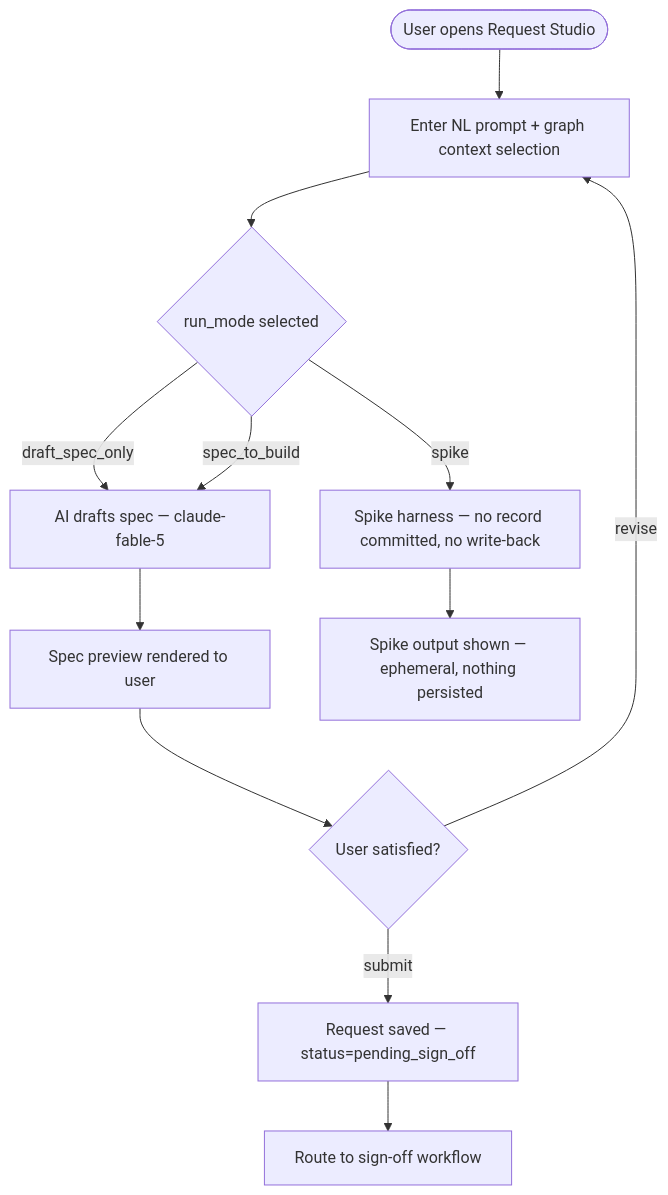
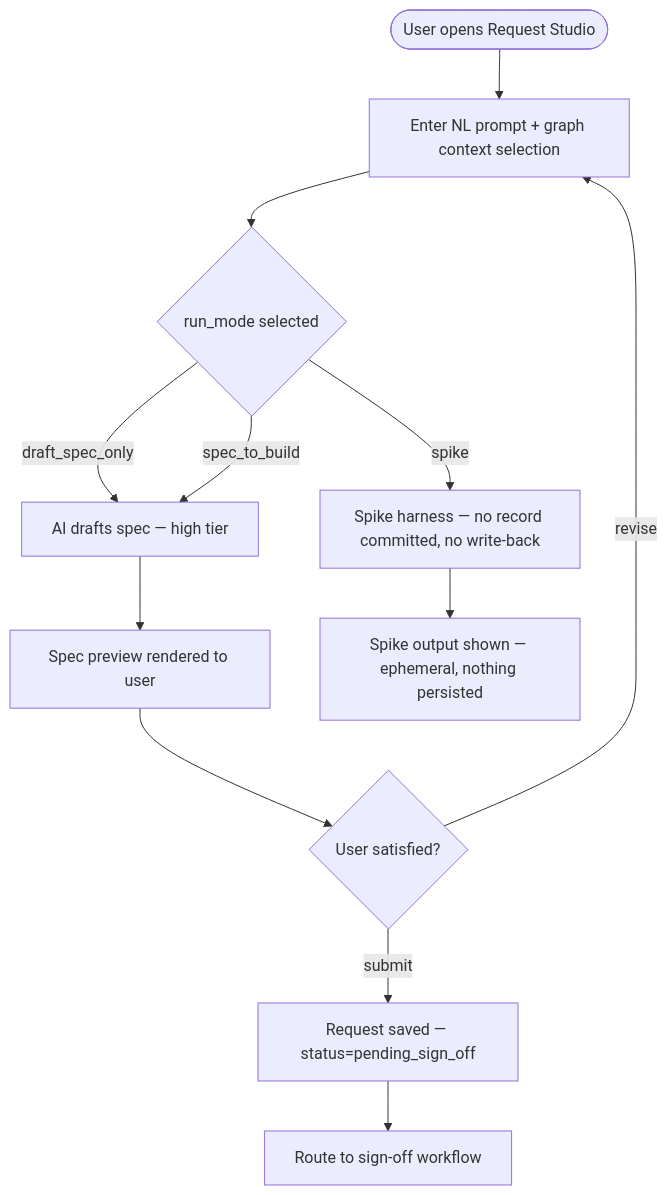
Before and after one commit to gazzwi86/weave: the first of 19 diagrams in docs/specs/weave/engines/build-engine/tech-spec/business-process.md, drawn with Mermaid. The commit also changed other lines of this file and 42 other files, not shown here.

First line of the commit message:
chore(harness): retire fable, route high-tier to opus, tier-language cleanup

````diff
--- a/docs/specs/weave/engines/build-engine/tech-spec/business-process.md
+++ b/docs/specs/weave/engines/build-engine/tech-spec/business-process.md
@@ -52,14 +52,14 @@
 ```mermaid
 flowchart TD
   A([User opens Request Studio]) --> B[Enter NL prompt + graph context selection]
   B --> C{run_mode selected}
-  C -->|draft_spec_only| D[AI drafts spec — claude-fable-5]
+  C -->|draft_spec_only| D[AI drafts spec — high tier]
   C -->|spec_to_build| D
   C -->|spike| E[Spike harness — no record committed, no write-back]
   D --> F[Spec preview rendered to user]
   F --> G{User satisfied?}
   G -->|revise| B
   G -->|submit| H[Request saved — status=pending_sign_off]
   H --> I[Route to sign-off workflow]
   E --> J[Spike output shown — ephemeral, nothing persisted]
 ```
````
